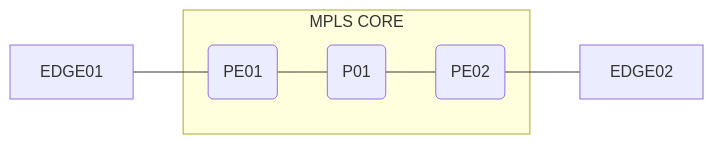
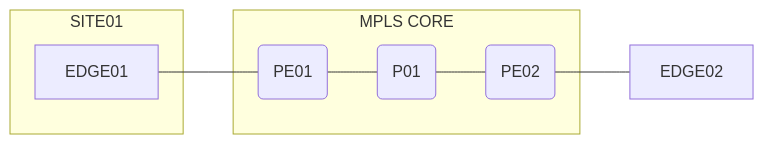
Before and after one commit to jnaranjom/iac_network_deployment: the diagram in diagrams/network_diagram.md, drawn with Mermaid.

````diff
--- a/diagrams/network_diagram.md
+++ b/diagrams/network_diagram.md
@@ -7,9 +7,12 @@
 ```mermaid
 flowchart LR
+    subgraph SITE01
+    A[EDGE01]
+    end
     A[EDGE01] --- B(PE01)
     subgraph MPLS CORE
     B --- C(P01)
     C --- D(PE02)
     end
     D --- E[EDGE02]
 ```
````
